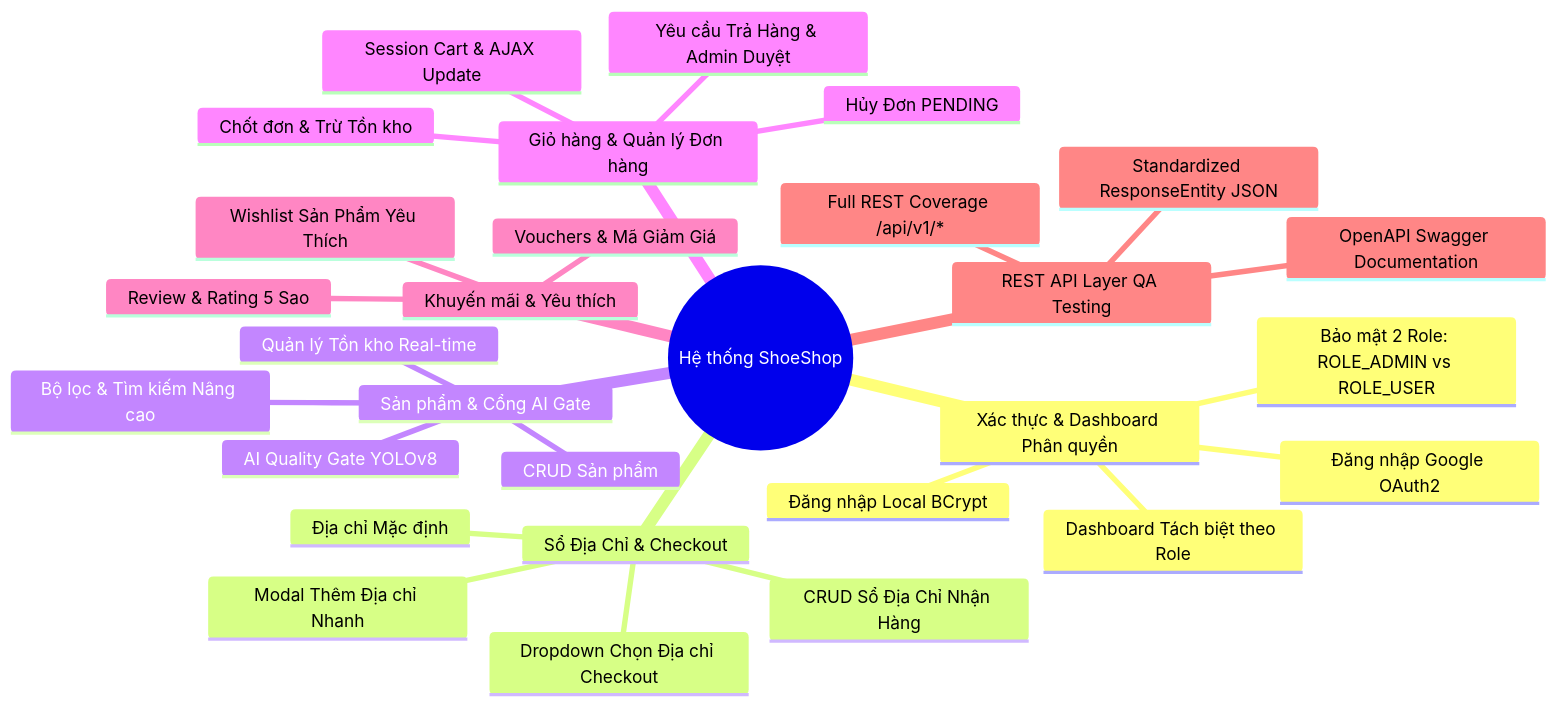
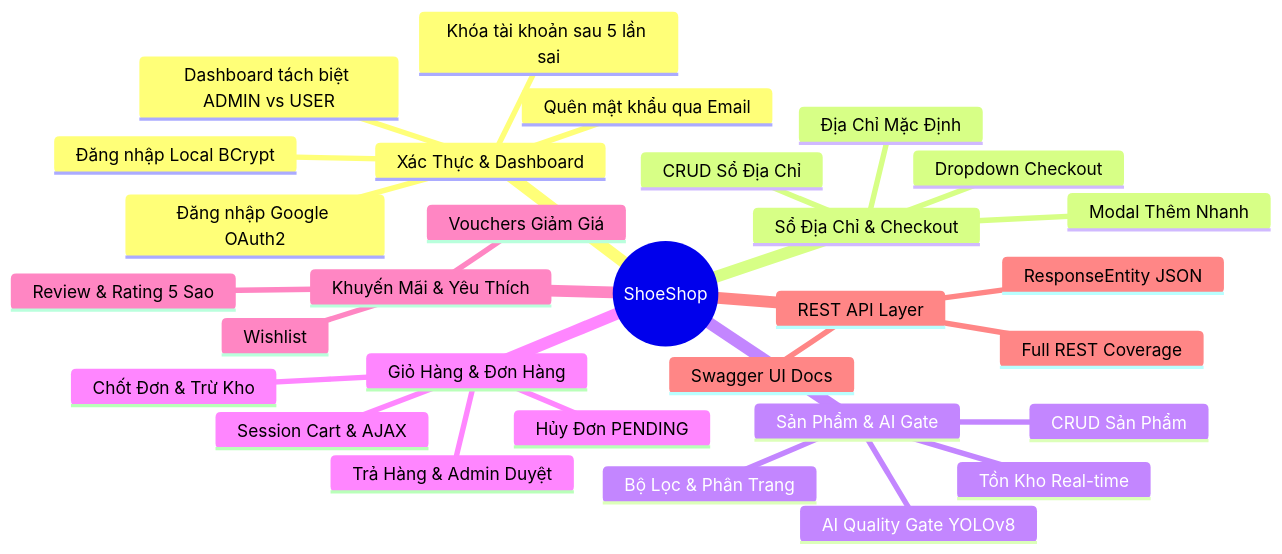
The second of 3 diagrams in README.md (truongduoc1512/Testing), drawn with Mermaid before and after one commit. The commit also changed other lines of this file, not shown here.

Commit message:
docs(srs): update README to full IEEE 830 SRS v2.0 with Actors, Glossary, ERD and Use Case flows

````diff
--- a/README.md
+++ b/README.md
@@ -48,32 +172,33 @@
 ```mermaid
 mindmap
-  root((Hệ thống ShoeShop))
-    Xác thực & Dashboard Phân quyền
+  root((ShoeShop))
+    Xác Thực & Dashboard
       Đăng nhập Local BCrypt
       Đăng nhập Google OAuth2
-      Bảo mật 2 Role: ROLE_ADMIN vs ROLE_USER
-      Dashboard Tách biệt theo Role
+      Quên mật khẩu qua Email
+      Dashboard tách biệt ADMIN vs USER
+      Khóa tài khoản sau 5 lần sai
     Sổ Địa Chỉ & Checkout
-      CRUD Sổ Địa Chỉ Nhận Hàng
-      Địa chỉ Mặc định
-      Dropdown Chọn Địa chỉ Checkout
-      Modal Thêm Địa chỉ Nhanh
-    Sản phẩm & Cổng AI Gate
-      CRUD Sản phẩm
+      CRUD Sổ Địa Chỉ
+      Địa Chỉ Mặc Định
+      Dropdown Checkout
+      Modal Thêm Nhanh
+    Sản Phẩm & AI Gate
+      CRUD Sản Phẩm
       AI Quality Gate YOLOv8
-      Quản lý Tồn kho Real-time
-      Bộ lọc & Tìm kiếm Nâng cao
-    Giỏ hàng & Quản lý Đơn hàng
-      Session Cart & AJAX Update
-      Chốt đơn & Trừ Tồn kho
+      Tồn Kho Real-time
+      Bộ Lọc & Phân Trang
+    Giỏ Hàng & Đơn Hàng
+      Session Cart & AJAX
+      Chốt Đơn & Trừ Kho
       Hủy Đơn PENDING
-      Yêu cầu Trả Hàng & Admin Duyệt
-    Khuyến mãi & Yêu thích
-      Vouchers & Mã Giảm Giá
-      Wishlist Sản Phẩm Yêu Thích
+      Trả Hàng & Admin Duyệt
+    Khuyến Mãi & Yêu Thích
+      Vouchers Giảm Giá
+      Wishlist
       Review & Rating 5 Sao
-    REST API Layer QA Testing
-      OpenAPI Swagger Documentation
-      Standardized ResponseEntity JSON
-      Full REST Coverage /api/v1/*
+    REST API Layer
+      Swagger UI Docs
+      ResponseEntity JSON
+      Full REST Coverage
 ```
````
